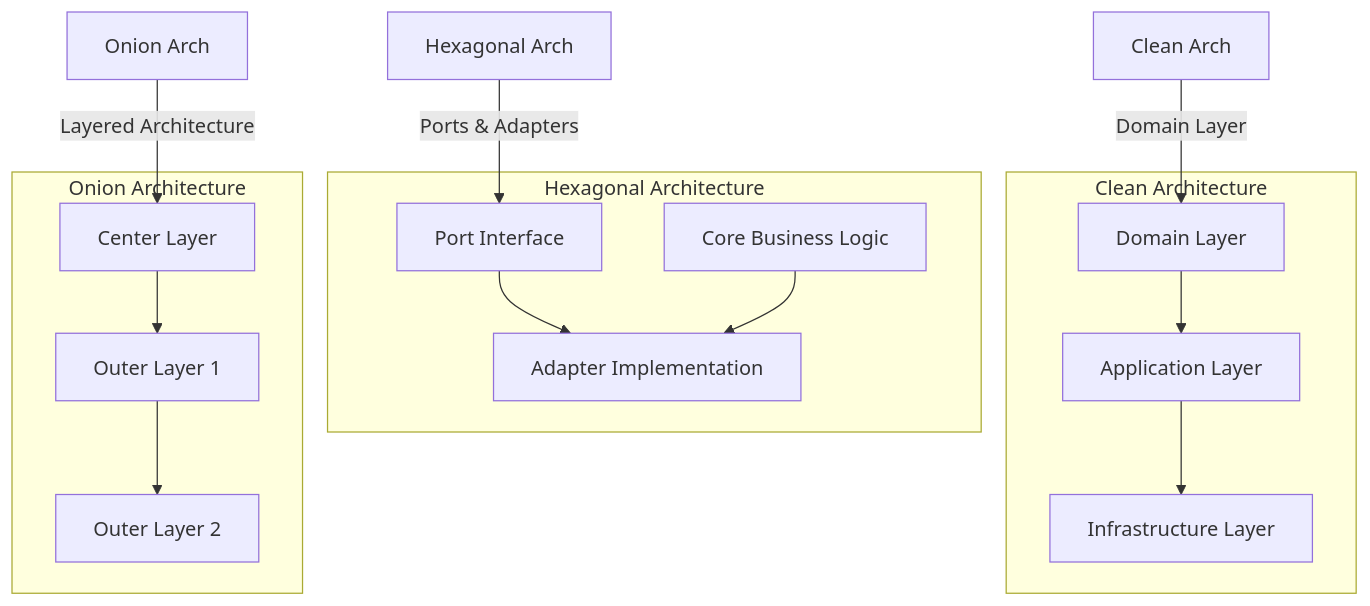
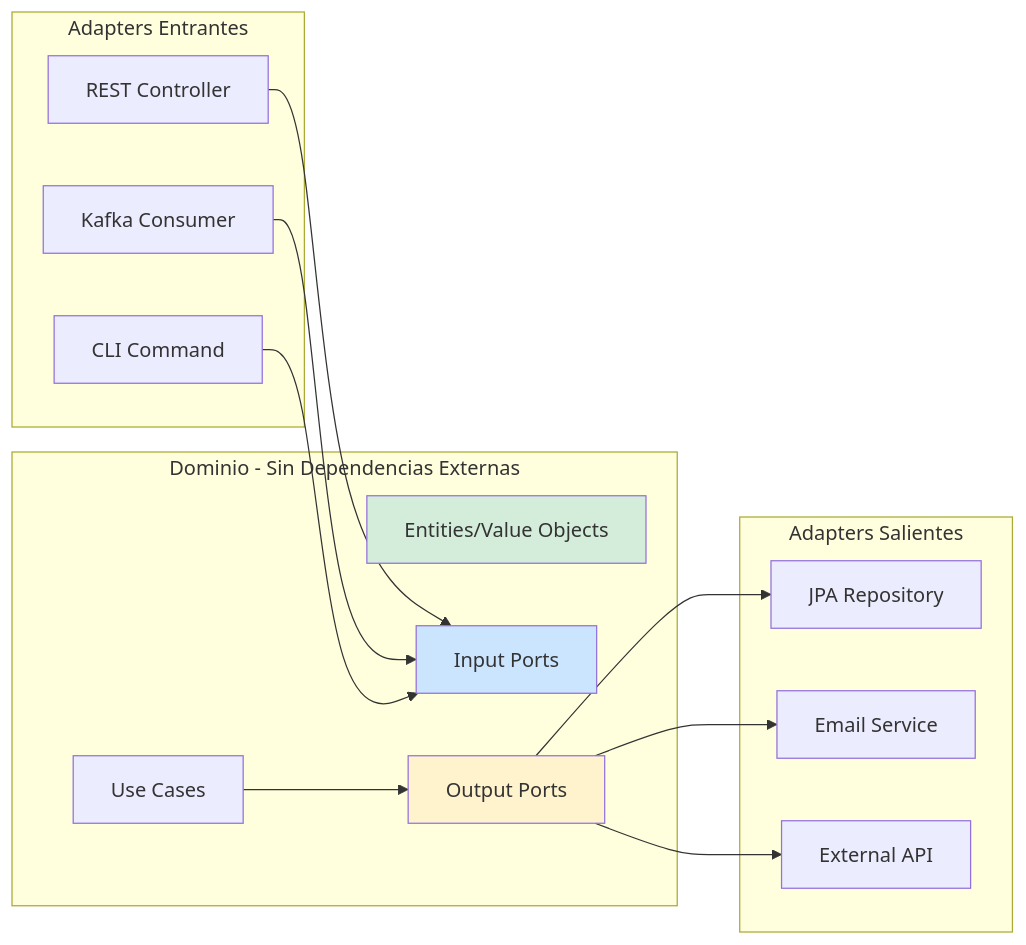
Before and after one commit to Joaquinriosheredia/DAM-Java-Mastery: the second of 3 diagrams in _Review/arquitectura_clean_vs_hexagonal_vs_onion/arquitectura_clean_vs_hexagonal_vs_onion.md, drawn with Mermaid. The commit also changed other lines of this file, not shown here.

Commit message:
arquitectura_clean_vs_hexagonal_vs_onion.md

````diff
--- a/_Review/arquitectura_clean_vs_hexagonal_vs_onion/arquitectura_clean_vs_hexagonal_vs_onion.md
+++ b/_Review/arquitectura_clean_vs_hexagonal_vs_onion/arquitectura_clean_vs_hexagonal_vs_onion.md
@@ -1239,24 +170,34 @@
 ```mermaid
-graph TD
-  subgraph Clean Architecture
-    A[Domain Layer] --> B[Application Layer]
-    B --> C[Infrastructure Layer]
-  end
-
-  subgraph Hexagonal Architecture
-    D[Port Interface] --> E[Adapter Implementation]
-    F[Core Business Logic] --> E
-  end
-
-  subgraph Onion Architecture
-    G[Center Layer] --> H[Outer Layer 1] --> I[Outer Layer 2]
-  end
-
-  A1[Clean Arch]
-  B1[Hexagonal Arch]
-  C1[Onion Arch]
-
-  A1 -- "Domain Layer" --> A
-  B1 -- "Ports & Adapters" --> D
-  C1 -- "Layered Architecture" --> G
+graph LR
+    subgraph "Dominio - Sin Dependencias Externas"
+        ENT[Entities/Value Objects]
+        PORT_IN[Input Ports]
+        PORT_OUT[Output Ports]
+        USECASE[Use Cases]
+    end
+    
+    subgraph "Adapters Entrantes"
+        REST[REST Controller]
+        KAFKA[Kafka Consumer]
+        CLI[CLI Command]
+    end
+    
+    subgraph "Adapters Salientes"
+        JPA[JPA Repository]
+        EMAIL[Email Service]
+        API[External API]
+    end
+    
+    REST --> PORT_IN
+    KAFKA --> PORT_IN
+    CLI --> PORT_IN
+    
+    USECASE --> PORT_OUT
+    PORT_OUT --> JPA
+    PORT_OUT --> EMAIL
+    PORT_OUT --> API
+    
+    style ENT fill:#d4edda
+    style PORT_IN fill:#cce5ff
+    style PORT_OUT fill:#fff3cd
 ```
````
